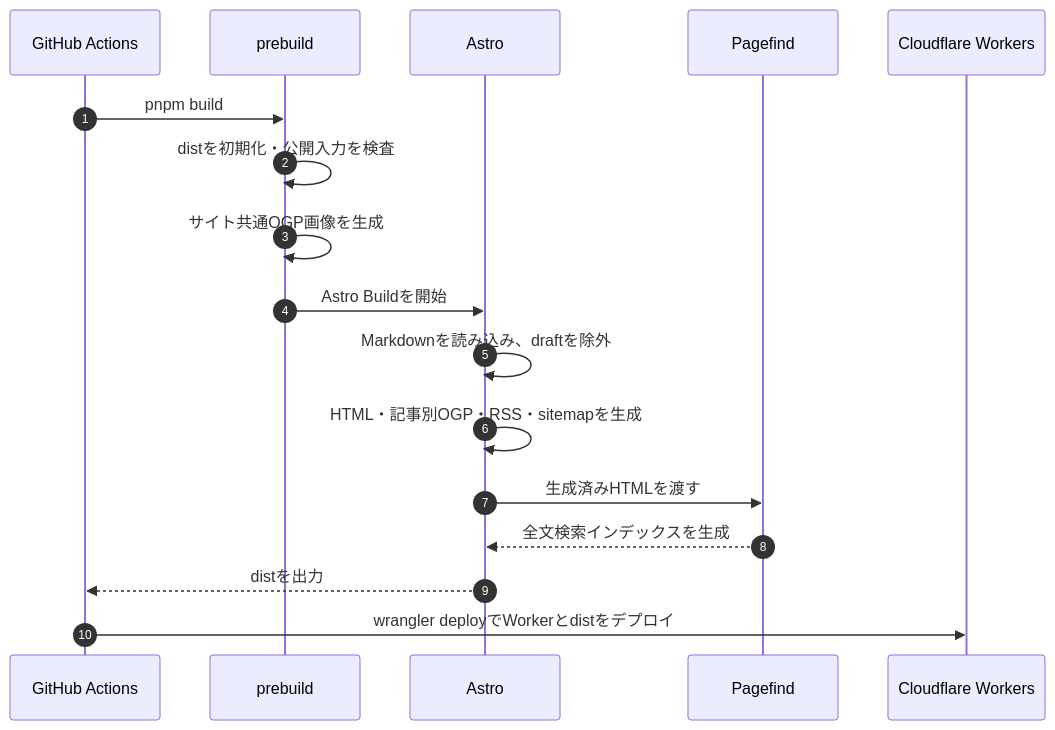
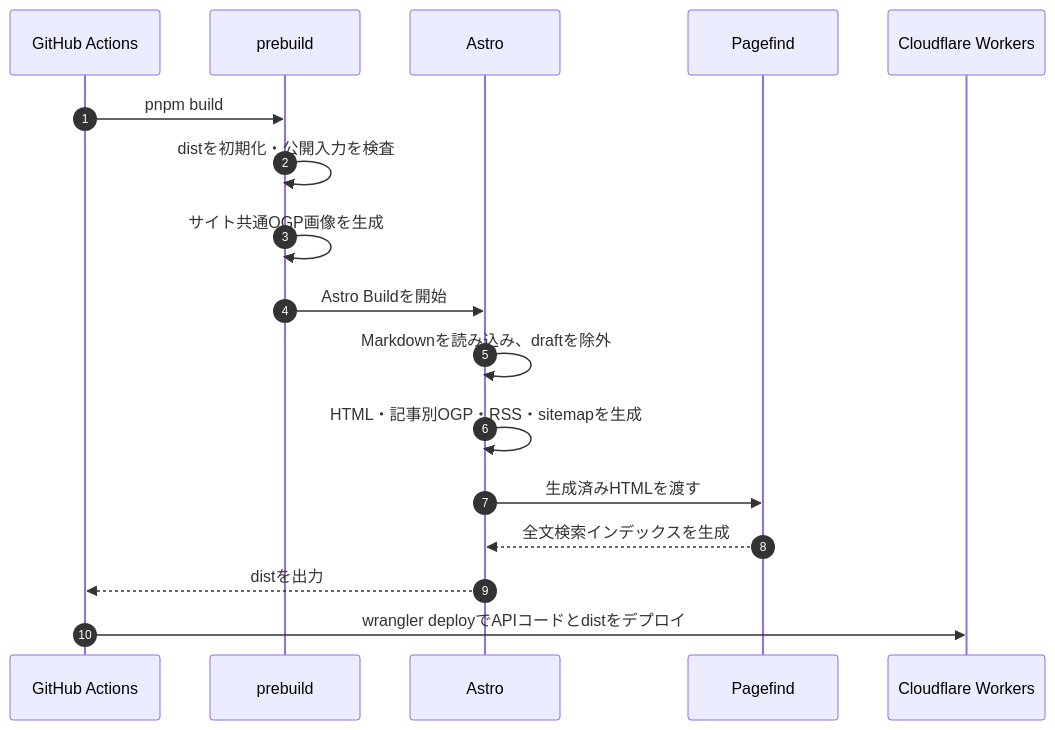
The second of 2 diagrams in docs/architecture/overview.md (KJR020/kjr020-blog), drawn with Mermaid before and after one commit. The commit also changed other lines of this file and 6 other files, not shown here.

````diff
--- a/docs/architecture/overview.md
+++ b/docs/architecture/overview.md
@@ -66,20 +66,20 @@
 ```mermaid
 sequenceDiagram
     autonumber
     participant CI as GitHub Actions
     participant Pre as prebuild
     participant Astro as Astro
     participant PF as Pagefind
     participant CF as Cloudflare Workers
 
     CI->>Pre: pnpm build
     Pre->>Pre: distを初期化・公開入力を検査
     Pre->>Pre: サイト共通OGP画像を生成
     Pre->>Astro: Astro Buildを開始
     Astro->>Astro: Markdownを読み込み、draftを除外
     Astro->>Astro: HTML・記事別OGP・RSS・sitemapを生成
     Astro->>PF: 生成済みHTMLを渡す
     PF-->>Astro: 全文検索インデックスを生成
     Astro-->>CI: distを出力
-    CI->>CF: wrangler deployでWorkerとdistをデプロイ
+    CI->>CF: wrangler deployでAPIコードとdistをデプロイ
 ```
````
